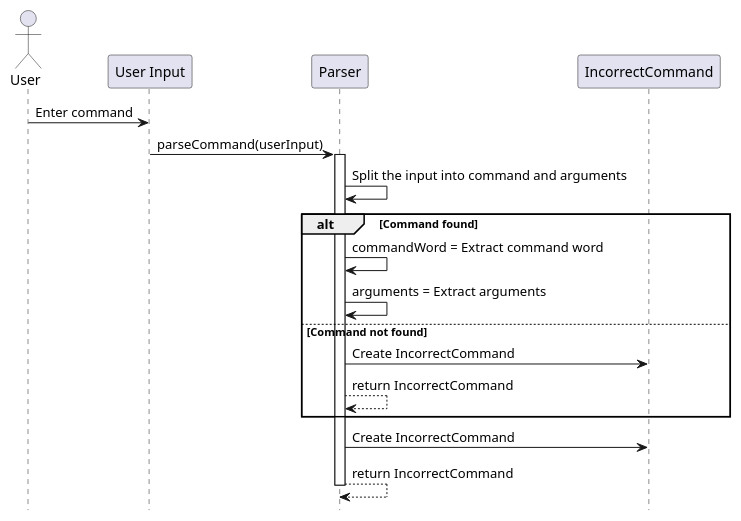
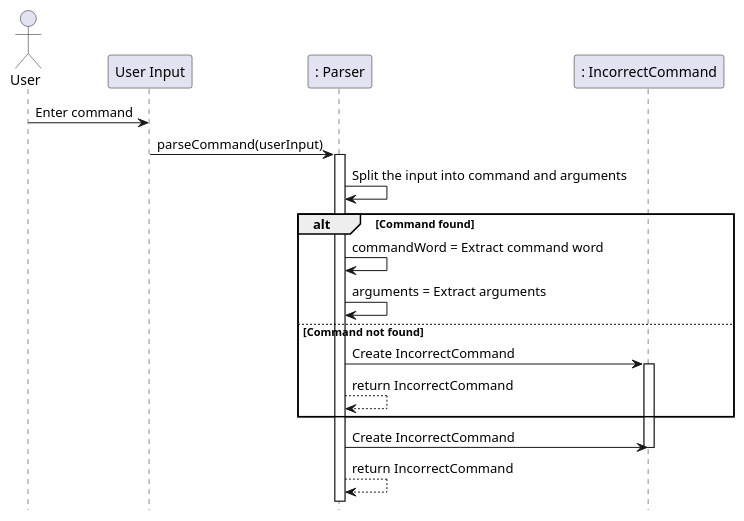
The diagram in docs/UML Diagrams/ParserDiagram.puml (nus-cs2113-AY2324S1/tp), drawn with PlantUML before and after one commit. The commit also changed 3 other files, not shown here.

```diff
--- a/docs/UML Diagrams/ParserDiagram.puml
+++ b/docs/UML Diagrams/ParserDiagram.puml
@@ -1,21 +1,25 @@
 @startuml
 hide footbox
 actor User
 participant "User Input" as UserInput
-participant "Parser" as Parser
-participant "IncorrectCommand" as IncorrectCommand
+participant ": Parser" as Parser
+
+participant ": IncorrectCommand" as IncorrectCommand
 User -> UserInput: Enter command
 UserInput -> Parser: parseCommand(userInput)
 activate Parser
 Parser -> Parser: Split the input into command and arguments
 alt Command found
 Parser -> Parser: commandWord = Extract command word
 Parser -> Parser: arguments = Extract arguments
 else Command not found
 Parser -> IncorrectCommand: Create IncorrectCommand
+activate IncorrectCommand
 Parser --> Parser: return IncorrectCommand
 end
 Parser -> IncorrectCommand: Create IncorrectCommand
+deactivate IncorrectCommand
+
 Parser --> Parser: return IncorrectCommand
-deactivate Parser
+
 @enduml
```
